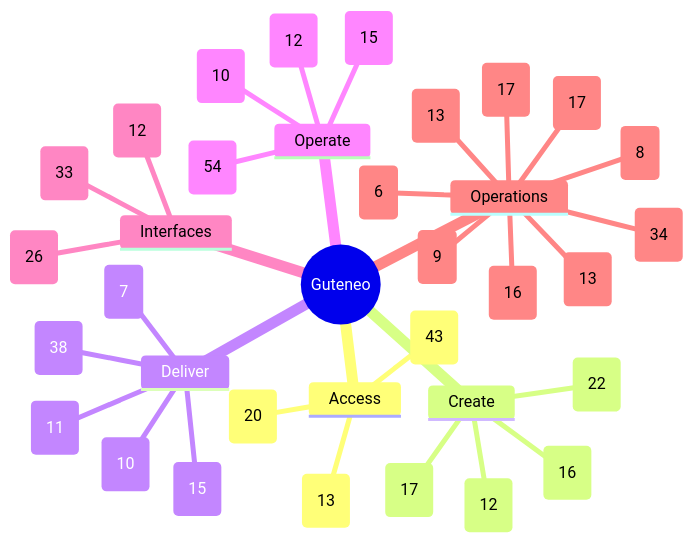
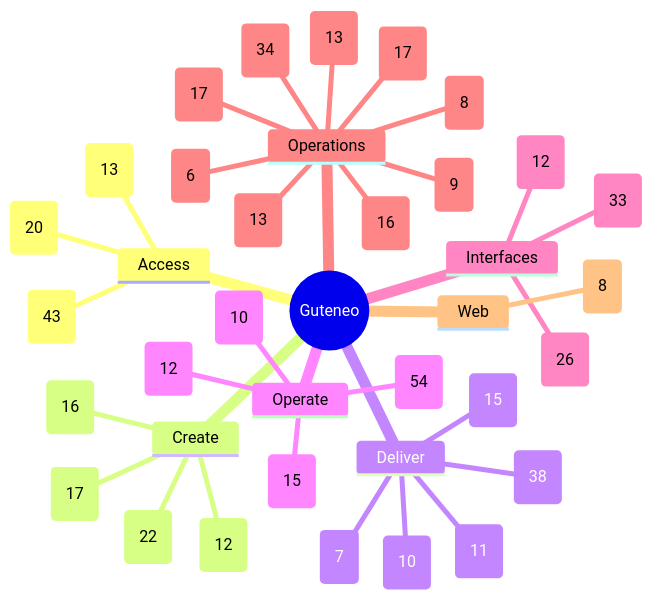
The diagram in docs/FEATURE_MAP.md (nclsppr/guteneo), drawn with Mermaid before and after one commit. The commit also changed other lines of this file and 86 other files, not shown here.

Commit message:
Complete Gare experience with guarded account and dispatch journeys

````diff
--- a/docs/FEATURE_MAP.md
+++ b/docs/FEATURE_MAP.md
@@ -13,38 +13,40 @@
 ```mermaid
 mindmap
   root((Guteneo))
     Access
       Access and identity (43)
       Team and responsibilities (13)
       Workspace administration and reports (20)
     Create
       Documents and protection (22)
       Template studio (16)
       Data and mappings (12)
       PDF generation and distribution (17)
     Deliver
       Fax (10)
       Postal mail (11)
       Email and protected links (15)
       Sensitive distribution and personal documents (38)
       Dispatch dry run (7)
     Operate
       Campaigns and tracking (15)
       Credits and billing (10)
       Workspace layout and browser appearance (54)
       PDF verification (12)
     Interfaces
       Assistants and API (33)
       iPhone and iPad (12)
       Public pages, languages and appearance (26)
     Operations
       Reviewer OAuth qualification (9)
       Operations and reliability (34)
       Belvédère platform oversight (17)
       Public service status (16)
       Engineering documentation (13)
       Codex Cloud development (8)
       Continuous reviewer preparation (6)
       Automatic fax tariff maintenance (13)
       Consumed provider freshness and preventive deadline actions (17)
+    Web
+      Gare browser experience (8)
 ```
````
